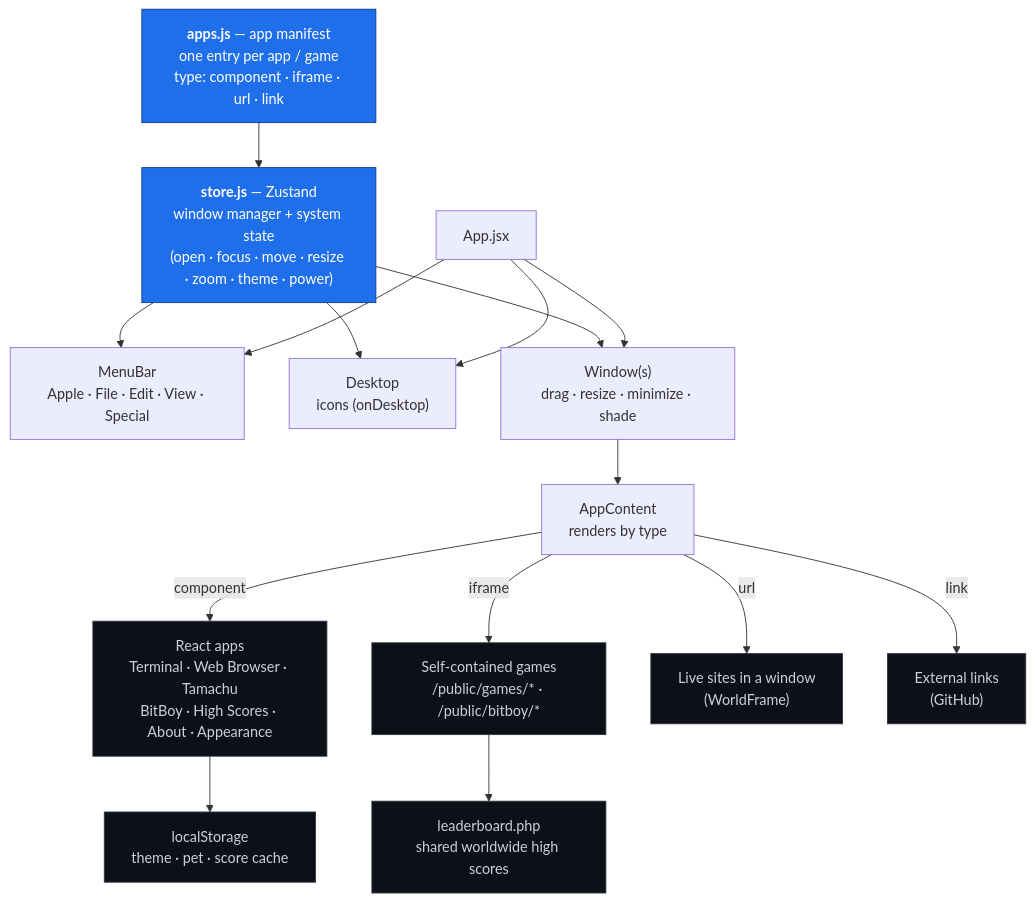
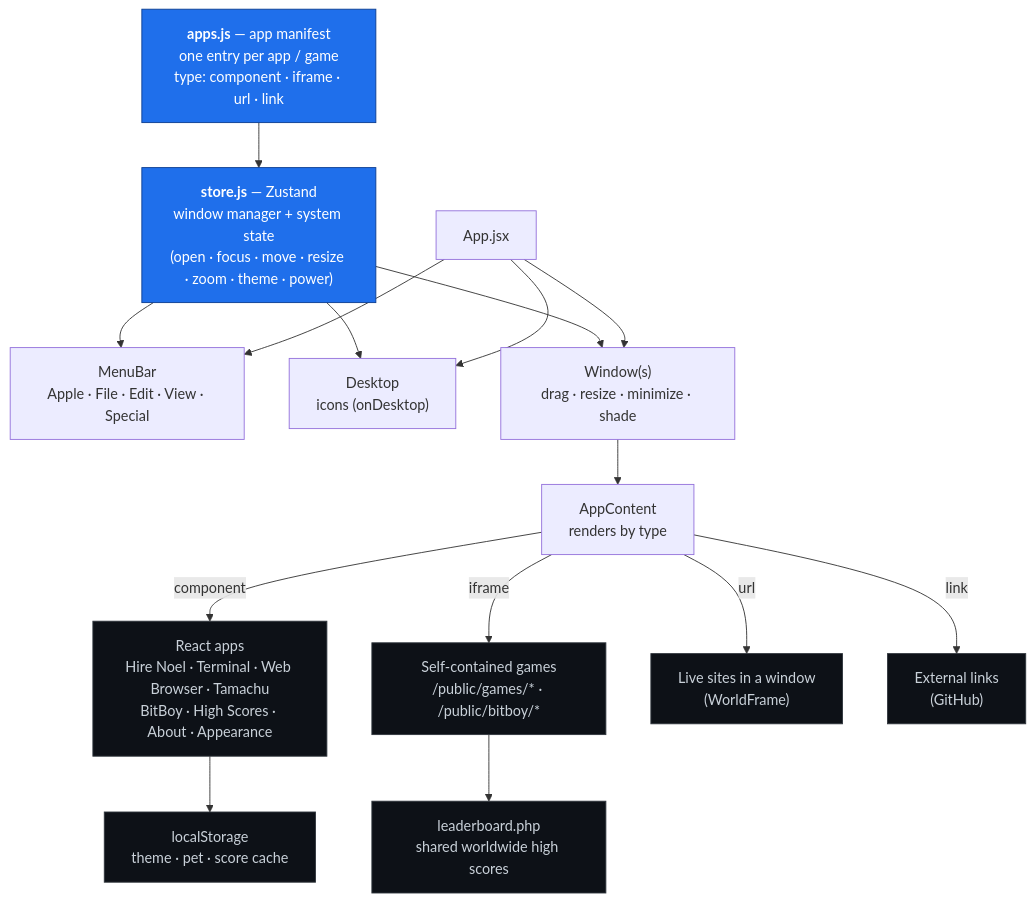
One commit to SturdyRobot/mac-portfolio changed the diagram in README.md. Above: the diagram before and after it, drawn with Mermaid. The commit also changed other lines of this file and 1 other file, not shown here.

````diff
--- a/README.md
+++ b/README.md
@@ -23,29 +23,29 @@
 ```mermaid
 flowchart TD
     Manifest["<b>apps.js</b> — app manifest<br/>one entry per app / game<br/>type: component · iframe · url · link"]
     Store["<b>store.js</b> — Zustand<br/>window manager + system state<br/>(open · focus · move · resize · zoom · theme · power)"]
 
     App["App.jsx"]
     Menu["MenuBar<br/>Apple · File · Edit · View · Special"]
     Desk["Desktop<br/>icons (onDesktop)"]
     Win["Window(s)<br/>drag · resize · minimize · shade"]
     Content["AppContent<br/>renders by type"]
 
     Manifest --> Store
     Store --> Menu & Desk & Win
     App --> Menu & Desk & Win
     Win --> Content
 
-    Content -->|component| RApps["React apps<br/>Terminal · Web Browser · Tamachu<br/>BitBoy · High Scores · About · Appearance"]
+    Content -->|component| RApps["React apps<br/>Hire Noel · Terminal · Web Browser · Tamachu<br/>BitBoy · High Scores · About · Appearance"]
     Content -->|iframe| Games["Self-contained games<br/>/public/games/* · /public/bitboy/*"]
     Content -->|url| Live["Live sites in a window<br/>(WorldFrame)"]
     Content -->|link| Ext["External links<br/>(GitHub)"]
 
     Games --> LB["leaderboard.php<br/>shared worldwide high scores"]
     RApps --> LS["localStorage<br/>theme · pet · score cache"]
 
     classDef data fill:#1f6feb,stroke:#0b3d91,color:#fff;
     classDef leaf fill:#0d1117,stroke:#30363d,color:#c9d1d9;
     class Manifest,Store data;
     class RApps,Games,Live,Ext,LB,LS leaf;
 ```
````
